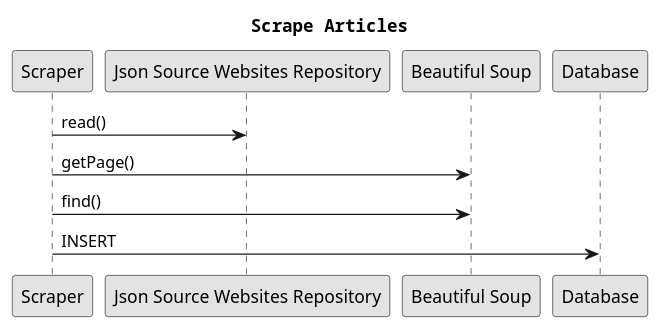
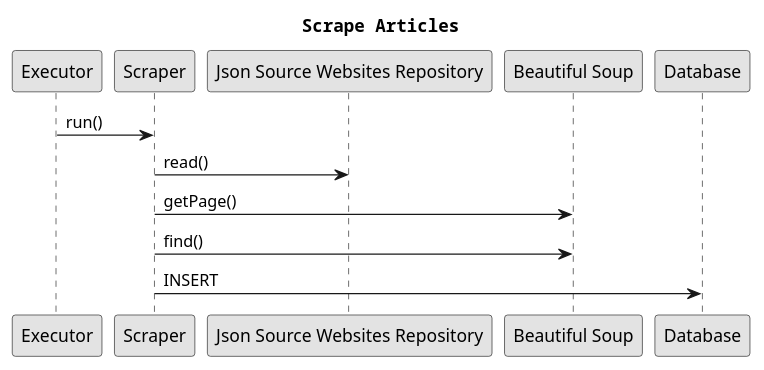
Before and after one commit to USI-MSDE-SA-2023/sa--christelle00: diagram 22 of 22 in src/sa/model/index.md, drawn with PlantUML. The commit also changed other lines of this file and 1 other file, not shown here.

Commit message:
update of arrows direction and add new connector

````diff
--- a/src/sa/model/index.md
+++ b/src/sa/model/index.md
@@ -1086,20 +1088,22 @@
 ```puml
 @startuml
 title Scrape Articles
 
+participant "Executor" as E
 participant "Scraper" as M
 participant "Json Source Websites Repository" as JSWR
 participant "Beautiful Soup" as SL
 participant "Database" as DB
 
+E -> M: run()
 M -> JSWR: read()
 M -> SL: getPage()
 M -> SL: find()
 M -> DB: INSERT
 
 
 skinparam monochrome true
 skinparam shadowing false
 skinparam defaultFontName Courier
 @enduml
 ```
````
